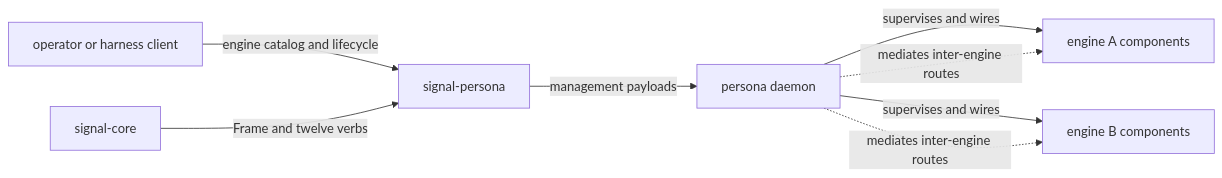
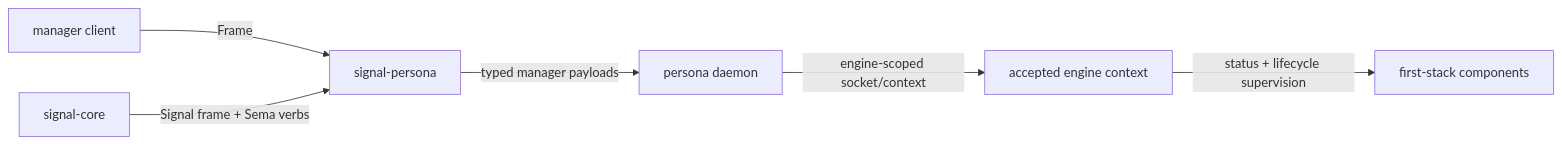
One commit to LiGoldragon/signal-persona changed the diagram in ARCHITECTURE.md. Above: the diagram before and after it, drawn with Mermaid. The commit also changed other lines of this file and 2 other files, not shown here.

Commit message:
Align manager contract with current Persona vocabulary

````diff
--- a/ARCHITECTURE.md
+++ b/ARCHITECTURE.md
@@ -39,17 +13,15 @@
 ```mermaid
 flowchart LR
-    client["operator or harness client"]
+    client["manager client"]
     contract["signal-persona"]
     core["signal-core"]
     daemon["persona daemon"]
-    engine_a["engine A components"]
-    engine_b["engine B components"]
+    engine["accepted engine context"]
+    components["first-stack components"]
 
-    client -->|engine catalog and lifecycle| contract
-    core -->|Frame and twelve verbs| contract
-    contract -->|management payloads| daemon
-    daemon -->|supervises and wires| engine_a
-    daemon -->|supervises and wires| engine_b
-    daemon -.->|mediates inter-engine routes| engine_a
-    daemon -.->|mediates inter-engine routes| engine_b
+    client -->|"Frame<EngineRequest, EngineReply>"| contract
+    core -->|"Signal frame + Sema verbs"| contract
+    contract -->|"typed manager payloads"| daemon
+    daemon -->|"engine-scoped socket/context"| engine
+    engine -->|"status + lifecycle supervision"| components
 ```
````
